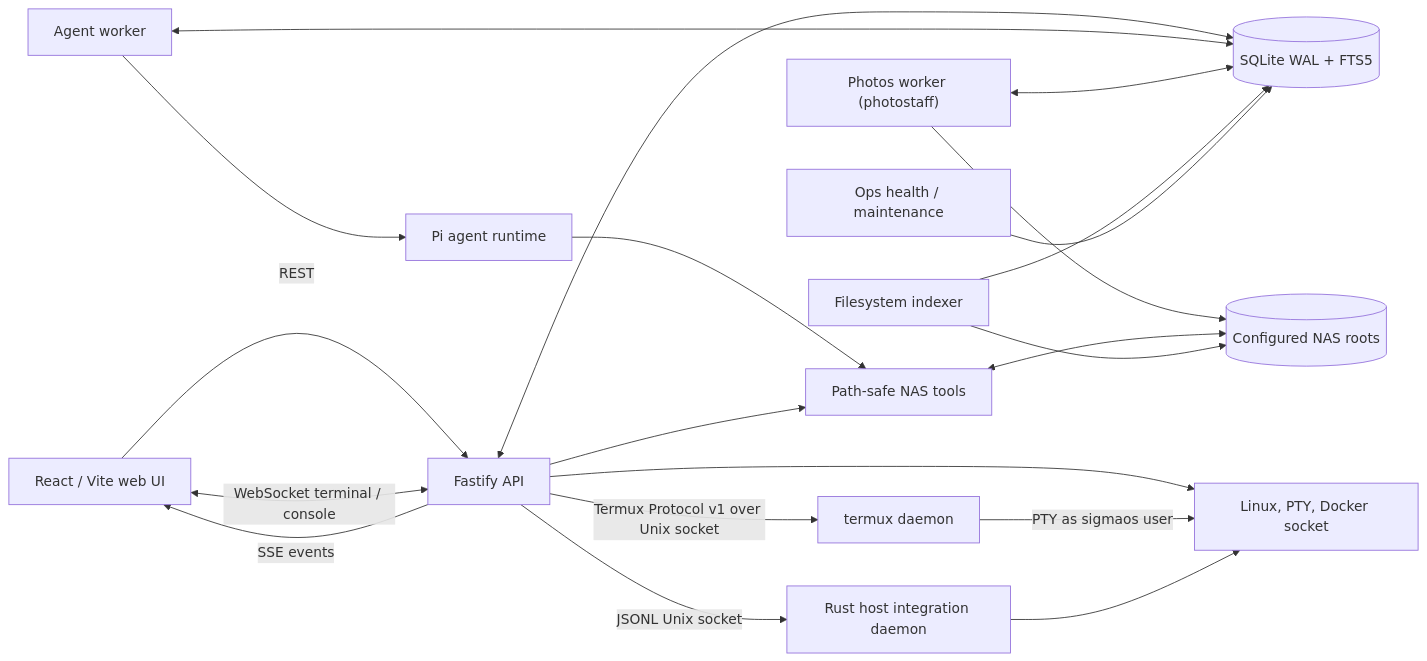
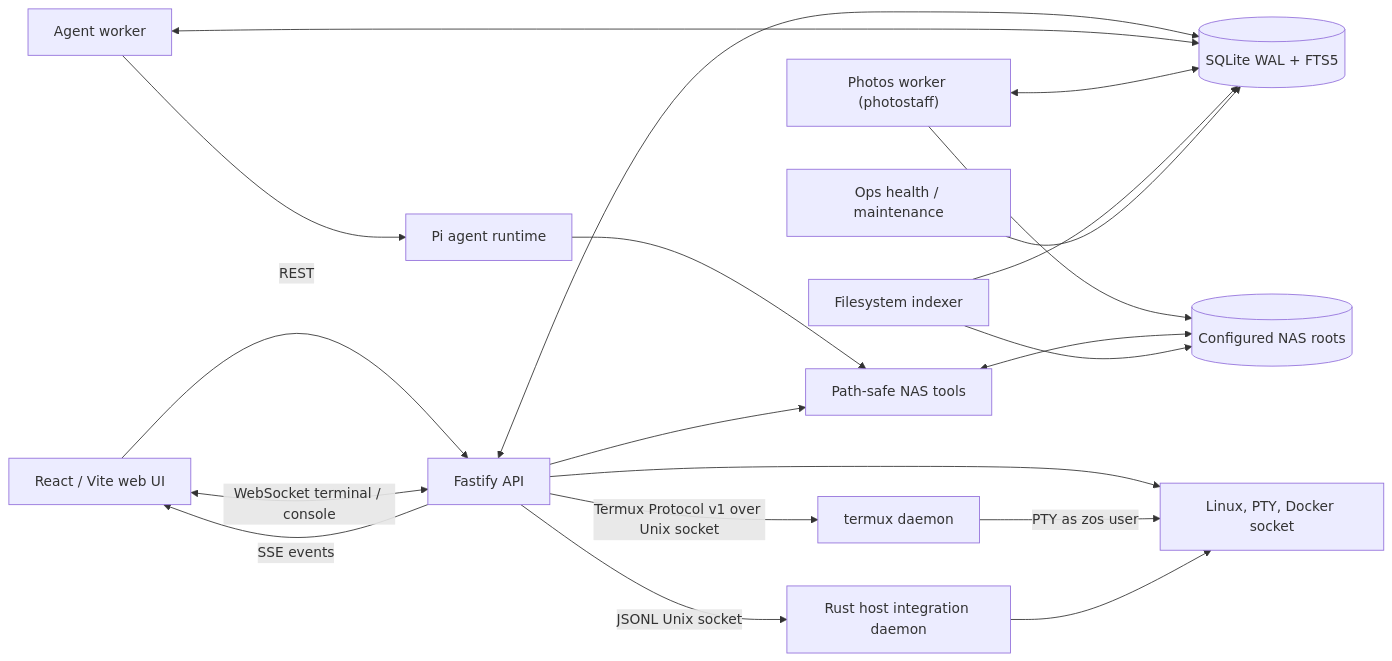
The diagram in README.md (zhubby/CyberOS), drawn with Mermaid before and after one commit. The commit also changed other lines of this file and 471 other files, not shown here.

````diff
--- a/README.md
+++ b/README.md
@@ -76,35 +76,35 @@
 ```mermaid
 flowchart LR
   Browser["React / Vite web UI"]
   API["Fastify API"]
   DB[("SQLite WAL + FTS5")]
   Worker["Agent worker"]
   PhotoWorker["Photos worker (photostaff)"]
   Agent["Pi agent runtime"]
   Indexer["Filesystem indexer"]
   Ops["Ops health / maintenance"]
   Tools["Path-safe NAS tools"]
   Roots[("Configured NAS roots")]
   Host["Linux, PTY, Docker socket"]
   Hostd["Rust host integration daemon"]
 
   Browser -->|REST| API
   API -->|SSE events| Browser
   Browser <-->|WebSocket terminal / console| API
   API <--> DB
   Worker <--> DB
   Worker --> Agent
   PhotoWorker <--> DB
   PhotoWorker --> Roots
   Agent --> Tools
   API --> Tools
   Tools <--> Roots
   Indexer --> Roots
   Indexer --> DB
   Ops --> DB
   API --> Host
   API -->|Termux Protocol v1 over Unix socket| Termux[termux daemon]
-  Termux -->|PTY as sigmaos user| Host
+  Termux -->|PTY as zos user| Host
   API -->|JSONL Unix socket| Hostd
   Hostd --> Host
 ```
````
